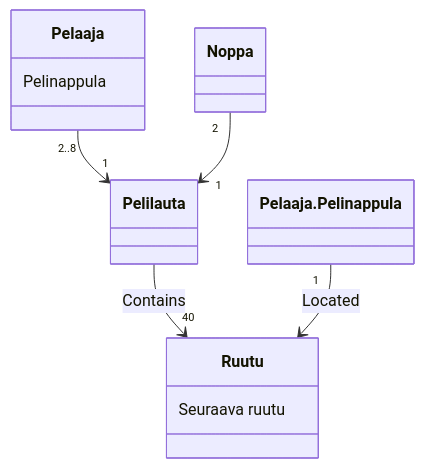
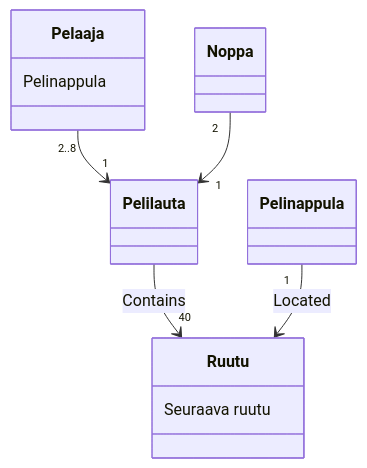
Before and after one commit to nie-ed/ot-harjoitustyo: the diagram in laskarit/viikko3/monopoliClassDiagram.md, drawn with Mermaid.

Commit message:
Modified Monopoly md file

````diff
--- a/laskarit/viikko3/monopoliClassDiagram.md
+++ b/laskarit/viikko3/monopoliClassDiagram.md
@@ -1,18 +1,18 @@
 ```mermaid
 classDiagram
 	Pelaaja "2..8" --> "1" Pelilauta
 	Noppa "2" --> "1" Pelilauta
 	Pelilauta --> "40" Ruutu : Contains
-	Pelaaja.Pelinappula "1" --> Ruutu : Located
+	Pelinappula "1" --> Ruutu : Located
 	class Noppa{
 	}
 	class Pelaaja{
 		Pelinappula
 	}
 	class Pelilauta{
 	}	
 	class Ruutu{
 		Seuraava ruutu
 	}
 
 ```
````
